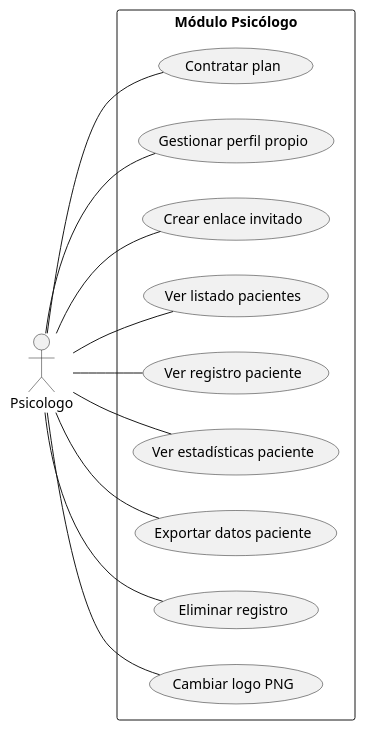
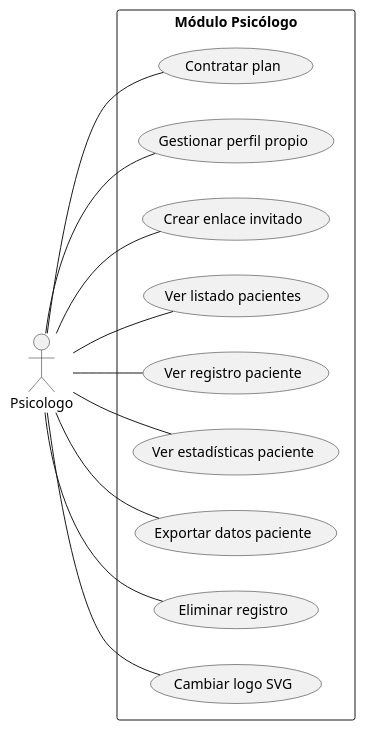
Before and after one commit to Sembrem-prj/base: the diagram in Casos_de_usos/diagrama_caso_uso_psicólogo.puml, drawn with PlantUML. The commit also changed 2 other files, not shown here.

```diff
--- a/Casos_de_usos/diagrama_caso_uso_psicólogo.puml
+++ b/Casos_de_usos/diagrama_caso_uso_psicólogo.puml
@@ -1,18 +1,18 @@
 @startuml Psicologo
 left to right direction
 
 actor Psicologo as ps
 
 rectangle "Módulo Psicólogo" {
 ps -- (Contratar plan)
 ps -- (Gestionar perfil propio)
 ps -- (Crear enlace invitado)
 ps -- (Ver listado pacientes)
 ps -- (Ver registro paciente)
 ps -- (Ver estadísticas paciente)
 ps -- (Exportar datos paciente)
 ps -- (Eliminar registro)
-ps -- (Cambiar logo PNG)
+ps -- (Cambiar logo SVG)
 }
 
 @enduml
```
